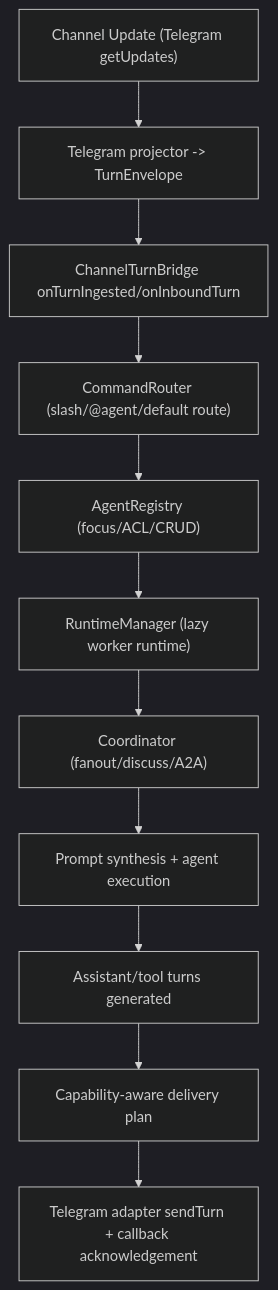
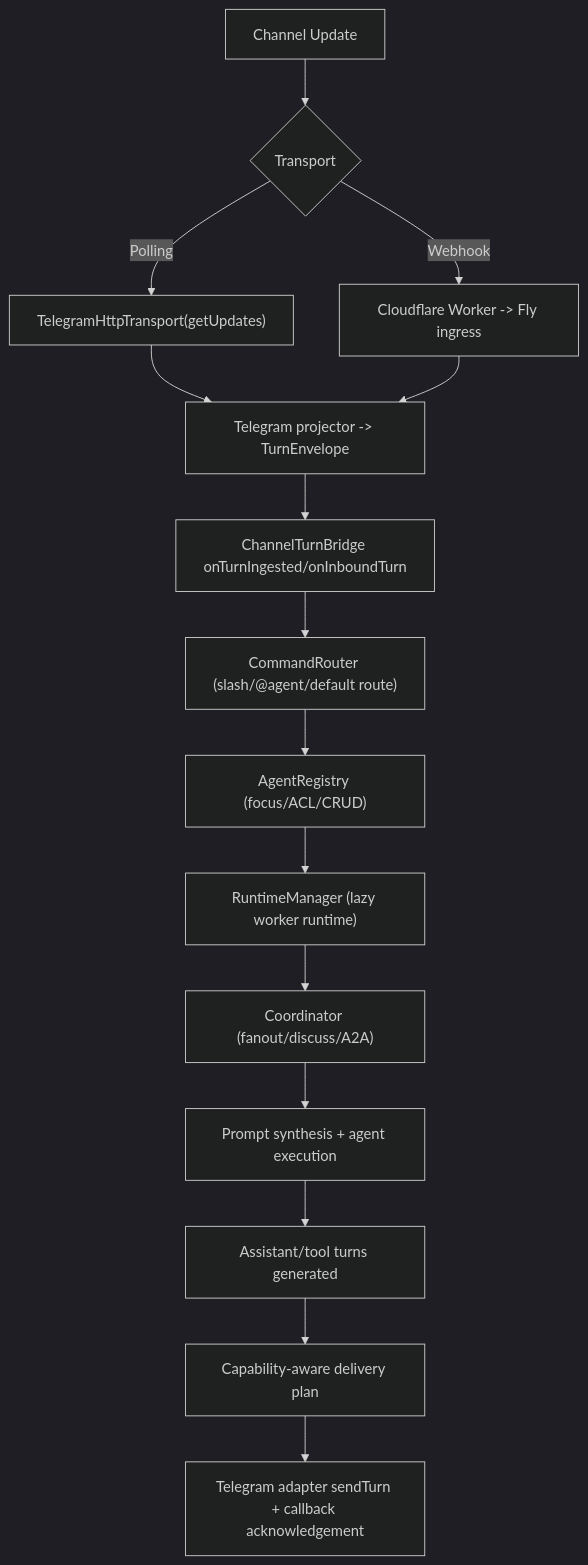
One commit to arcthur/brewva changed the diagram in docs/journeys/channel-gateway-and-turn-flow.md. Above: the diagram before and after it, drawn with Mermaid (dark theme). The commit also changed other lines of this file and 30 other files, not shown here.

First line of the commit message:
feat(ingress): add Telegram webhook edge ingress (CF Worker → Fly)

````diff
--- a/docs/journeys/channel-gateway-and-turn-flow.md
+++ b/docs/journeys/channel-gateway-and-turn-flow.md
@@ -9,13 +9,17 @@
 ```mermaid
 flowchart TD
-  A["Channel Update (Telegram getUpdates)"] --> B["Telegram projector -> TurnEnvelope"]
-  B --> C["ChannelTurnBridge onTurnIngested/onInboundTurn"]
-  C --> D["CommandRouter (slash/@agent/default route)"]
-  D --> E["AgentRegistry (focus/ACL/CRUD)"]
-  E --> F["RuntimeManager (lazy worker runtime)"]
-  F --> G["Coordinator (fanout/discuss/A2A)"]
-  G --> H["Prompt synthesis + agent execution"]
-  H --> I["Assistant/tool turns generated"]
-  I --> J["Capability-aware delivery plan"]
-  J --> K["Telegram adapter sendTurn + callback acknowledgement"]
+  A["Channel Update"] --> B{"Transport"}
+  B -->|"Polling"| C["TelegramHttpTransport(getUpdates)"]
+  B -->|"Webhook"| D["Cloudflare Worker -> Fly ingress"]
+  C --> E["Telegram projector -> TurnEnvelope"]
+  D --> E
+  E --> F["ChannelTurnBridge onTurnIngested/onInboundTurn"]
+  F --> G["CommandRouter (slash/@agent/default route)"]
+  G --> H["AgentRegistry (focus/ACL/CRUD)"]
+  H --> I["RuntimeManager (lazy worker runtime)"]
+  I --> J["Coordinator (fanout/discuss/A2A)"]
+  J --> K["Prompt synthesis + agent execution"]
+  K --> L["Assistant/tool turns generated"]
+  L --> M["Capability-aware delivery plan"]
+  M --> N["Telegram adapter sendTurn + callback acknowledgement"]
 ```
````
